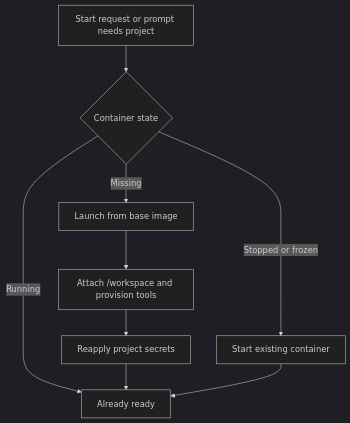
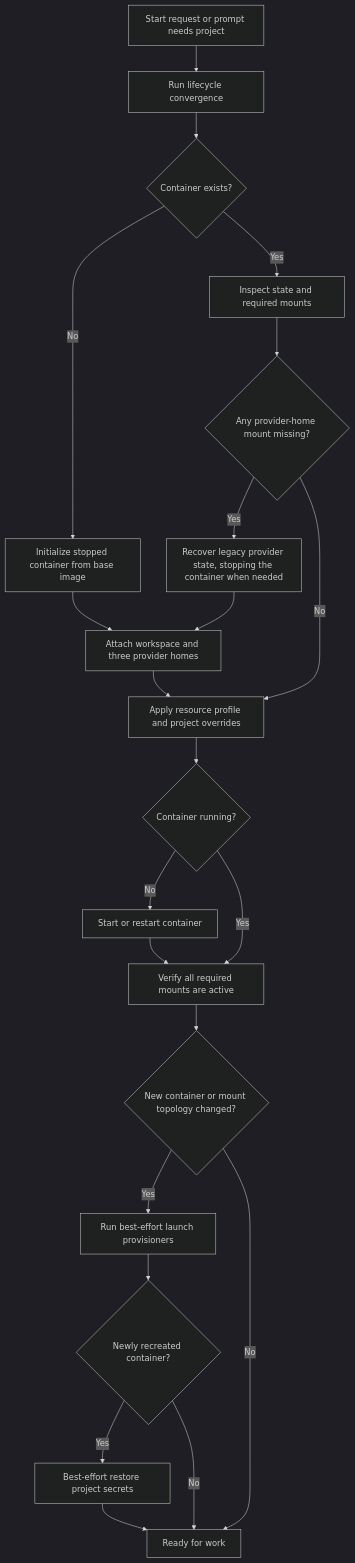
One commit to AbdallahMohamedDotnet/remote.futrx changed the fourth of 5 diagrams in docs/02-workspaces/03-projects-and-containers.md. Above: the diagram before and after it, drawn with Mermaid (dark theme). The commit also changed other lines of this file and 100 other files, not shown here.

````diff
--- a/docs/02-workspaces/03-projects-and-containers.md
+++ b/docs/02-workspaces/03-projects-and-containers.md
@@ -89,11 +93,24 @@
 ```mermaid
 flowchart TD
-    Start["Start request or prompt needs project"] --> State{"Container state"}
-    State -->|"Missing"| Launch["Launch from base image"]
-    State -->|"Stopped or frozen"| Resume["Start existing container"]
-    State -->|"Running"| Ready["Already ready"]
-    Launch --> Mount["Attach /workspace and provision tools"]
-    Mount --> Env["Reapply project secrets"]
+    Start["Start request or prompt needs project"] --> Ensure["Run lifecycle convergence"]
+    Ensure --> State{"Container exists?"}
+    State -->|"No"| Init["Initialize stopped container from base image"]
+    State -->|"Yes"| Inspect["Inspect state and required mounts"]
+    Init --> Attach["Attach workspace and three provider homes"]
+    Inspect --> Missing{"Any provider-home mount missing?"}
+    Missing -->|"Yes"| Migrate["Recover legacy provider state, stopping the container when needed"]
+    Migrate --> Attach
+    Missing -->|"No"| Limits["Apply resource profile and project overrides"]
+    Attach --> Limits
+    Limits --> Running{"Container running?"}
+    Running -->|"No"| Resume["Start or restart container"]
+    Running -->|"Yes"| Verify["Verify all required mounts are active"]
+    Resume --> Verify
+    Verify --> Changed{"New container or mount topology changed?"}
+    Changed -->|"Yes"| Provision["Run best-effort launch provisioners"]
+    Changed -->|"No"| Ready["Ready for work"]
+    Provision --> Recreated{"Newly recreated container?"}
+    Recreated -->|"Yes"| Env["Best-effort restore project secrets"]
+    Recreated -->|"No"| Ready
     Env --> Ready
-    Resume --> Ready
 ```
````
